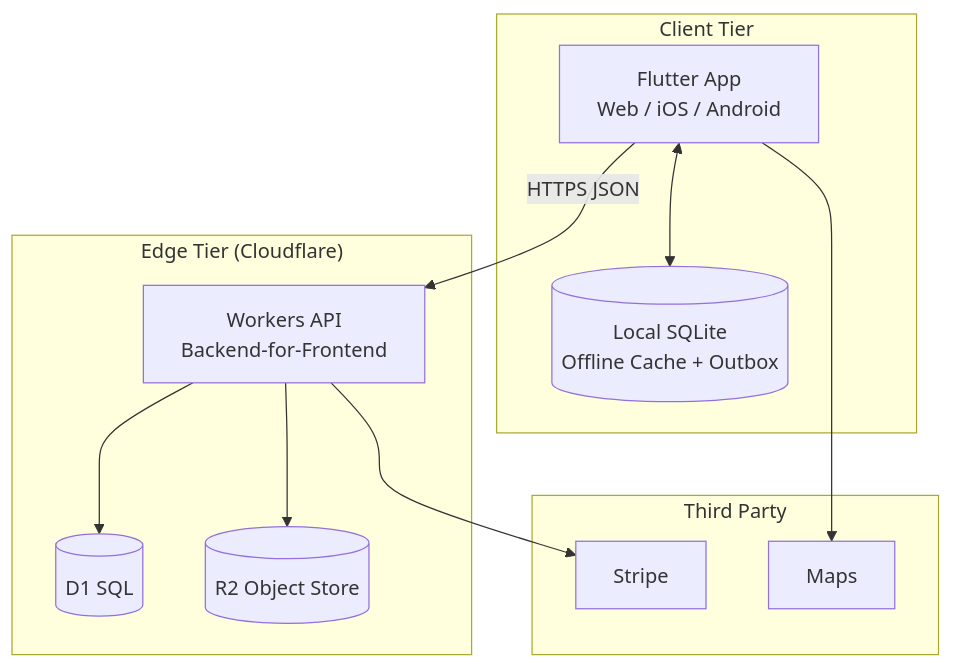
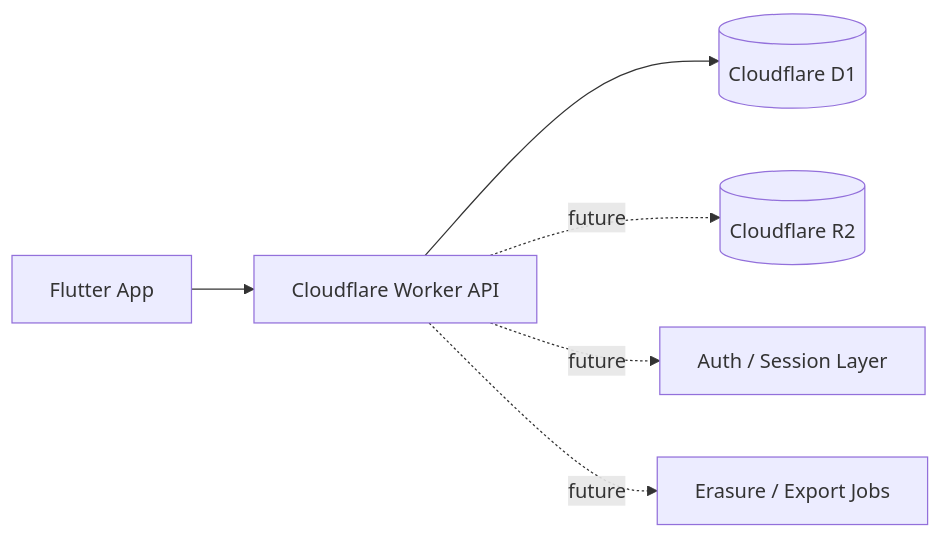
Before and after one commit to nathcymru/CiCwtch: the third of 3 diagrams in docs/architecture/diagrams.md, drawn with Mermaid. The commit also changed other lines of this file and 22 other files, not shown here.

````diff
--- a/docs/architecture/diagrams.md
+++ b/docs/architecture/diagrams.md
@@ -49,25 +24,8 @@
 ```mermaid
-flowchart TB
-  subgraph ClientTier["Client Tier"]
-    Flutter[Flutter App\nWeb / iOS / Android]
-    Local[(Local SQLite\nOffline Cache + Outbox)]
-  end
-
-  subgraph EdgeTier["Edge Tier (Cloudflare)"]
-    Worker[Workers API\nBackend-for-Frontend]
-    D1[(D1 SQL)]
-    R2[(R2 Object Store)]
-  end
-
-  subgraph ThirdParty["Third Party"]
-    Stripe[Stripe]
-    Maps[Maps]
-  end
-
-  Flutter <--> Local
-  Flutter -->|HTTPS JSON| Worker
-  Worker --> D1
-  Worker --> R2
-  Worker --> Stripe
-  Flutter --> Maps
+flowchart LR
+  U[Flutter App] --> API[Cloudflare Worker API]
+  API --> D1[(Cloudflare D1)]
+  API -. future .-> R2[(Cloudflare R2)]
+  API -. future .-> Auth[Auth / Session Layer]
+  API -. future .-> DSAR[Erasure / Export Jobs]
 ```
````
